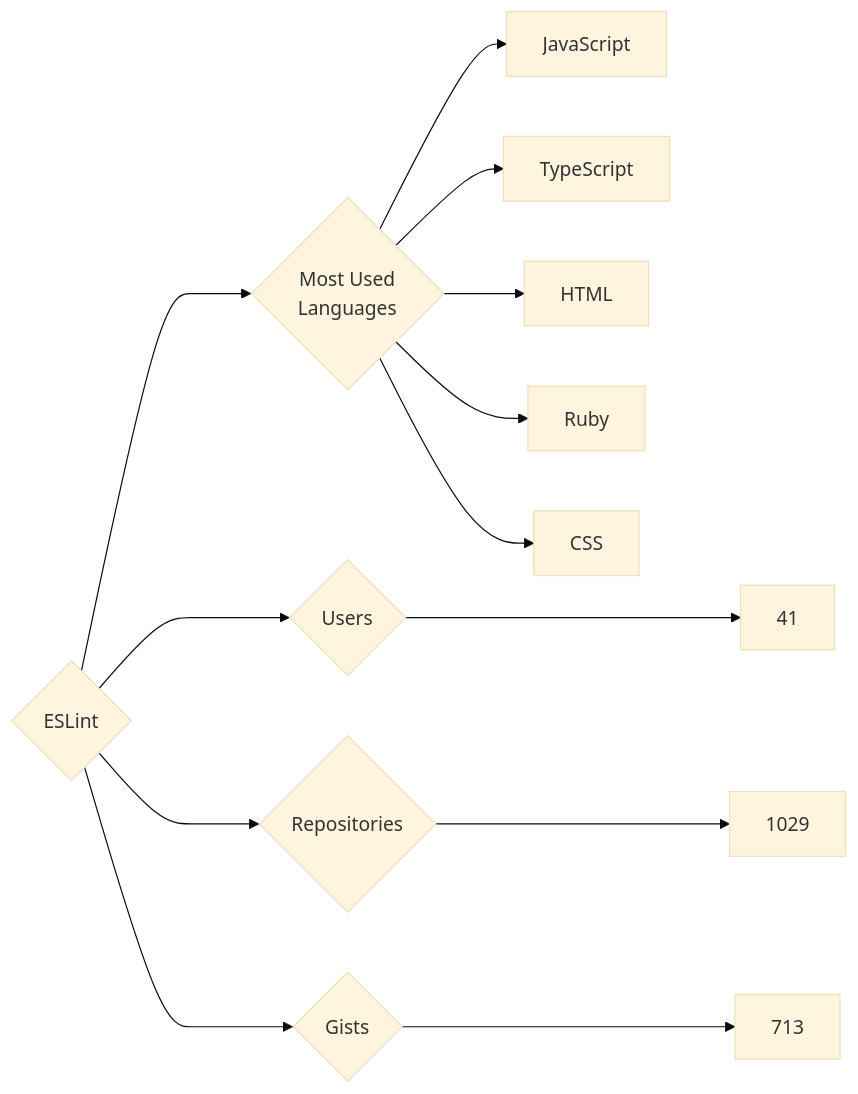
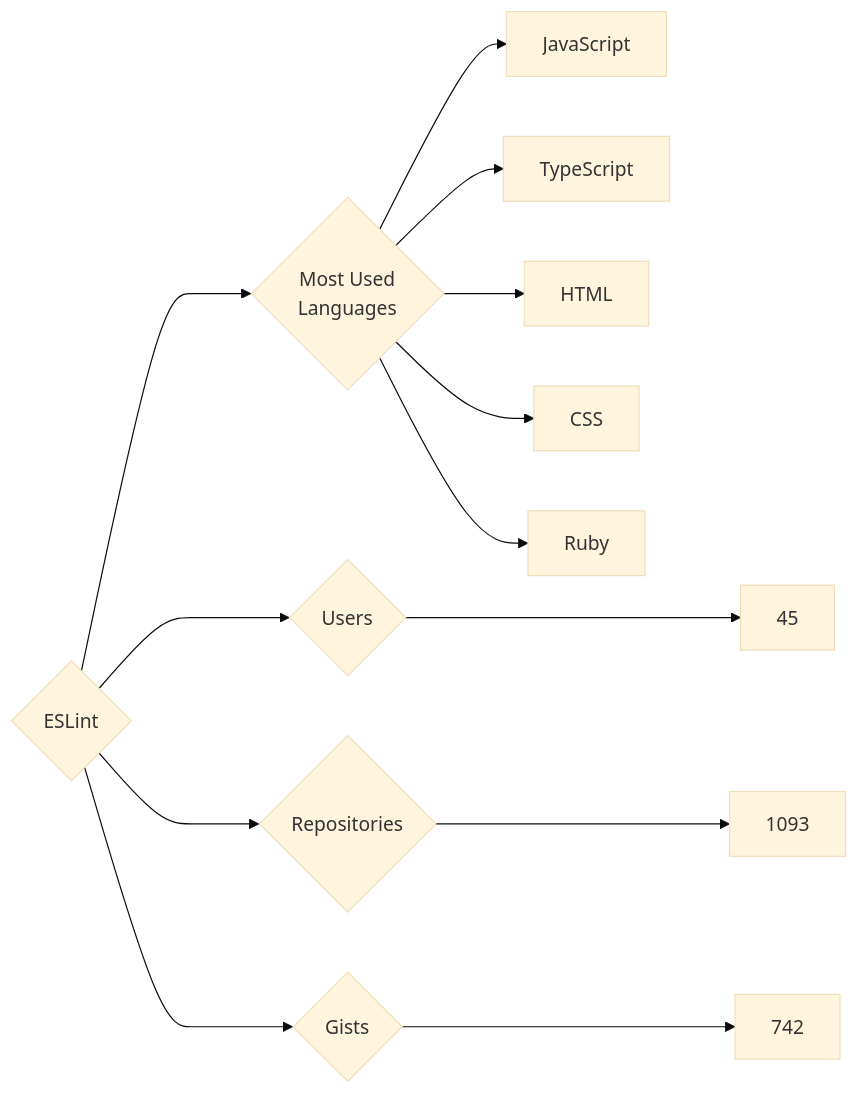
Before and after one commit to trickest/insiders: the diagram in targets/ESLint/README.md, drawn with Mermaid (base theme). The commit also changed 1238 other files, not shown here.

````diff
--- a/targets/ESLint/README.md
+++ b/targets/ESLint/README.md
@@ -3,13 +3,13 @@
 ```mermaid
 graph LR
 COMPANY_NAME{ESLint}
-COMPANY_NAME ---> U{Users} ---> UN[41]
-COMPANY_NAME ---> R{Repositories} ---> RN[1029]
-COMPANY_NAME ---> G{Gists} ---> GN[713]
+COMPANY_NAME ---> U{Users} ---> UN[45]
+COMPANY_NAME ---> R{Repositories} ---> RN[1093]
+COMPANY_NAME ---> G{Gists} ---> GN[742]
 COMPANY_NAME ---> ML{Most Used<br>Languages}
 ML --> JavaScript[JavaScript]
 ML --> TypeScript[TypeScript]
 ML --> HTML[HTML]
+ML --> CSS[CSS]
 ML --> Ruby[Ruby]
-ML --> CSS[CSS]
 ```
````
